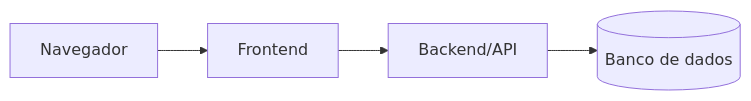
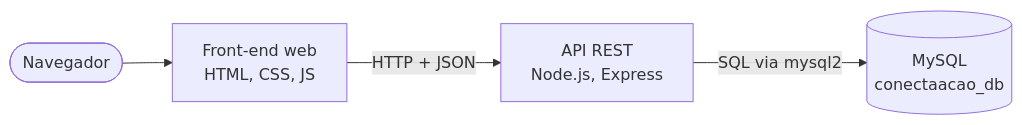
One commit to gigi-zacaroni/tp-eng-software changed the second of 4 diagrams in docs/arquitetura/arquitetura.md. Above: the diagram before and after it, drawn with Mermaid. The commit also changed other lines of this file and 7 other files, not shown here.

First line of the commit message:
Front e diagramas

````diff
--- a/docs/arquitetura/arquitetura.md
+++ b/docs/arquitetura/arquitetura.md
@@ -24,6 +28,6 @@
 ```mermaid
 flowchart LR
-    B[Navegador] --> F[Frontend]
-    F --> API[Backend/API]
-    API --> DB[(Banco de dados)]
+    B([Navegador]) --> F[Front-end web<br/>HTML, CSS, JS]
+    F -->|HTTP + JSON| API[API REST<br/>Node.js, Express]
+    API -->|SQL via mysql2| DB[(MySQL<br/>conectaacao_db)]
 ```
````
